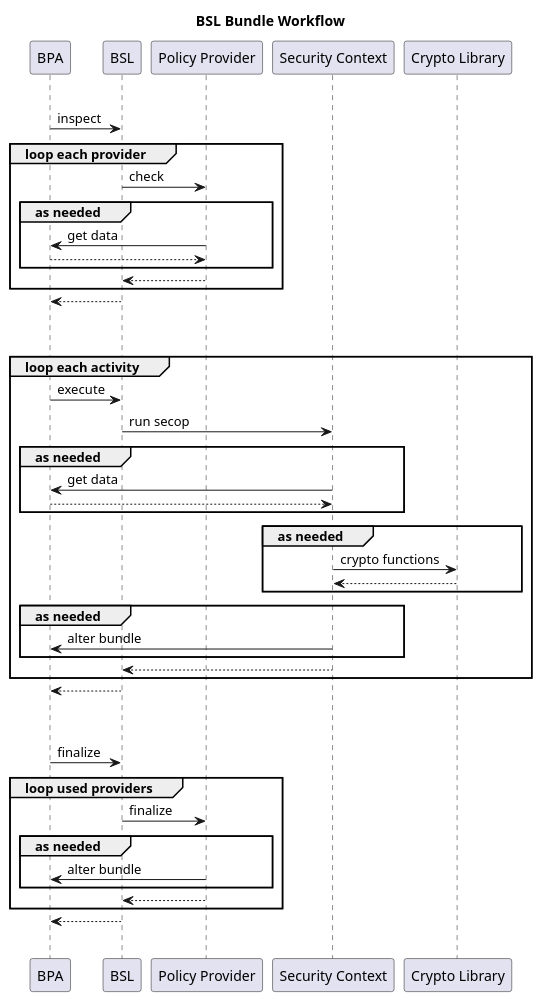
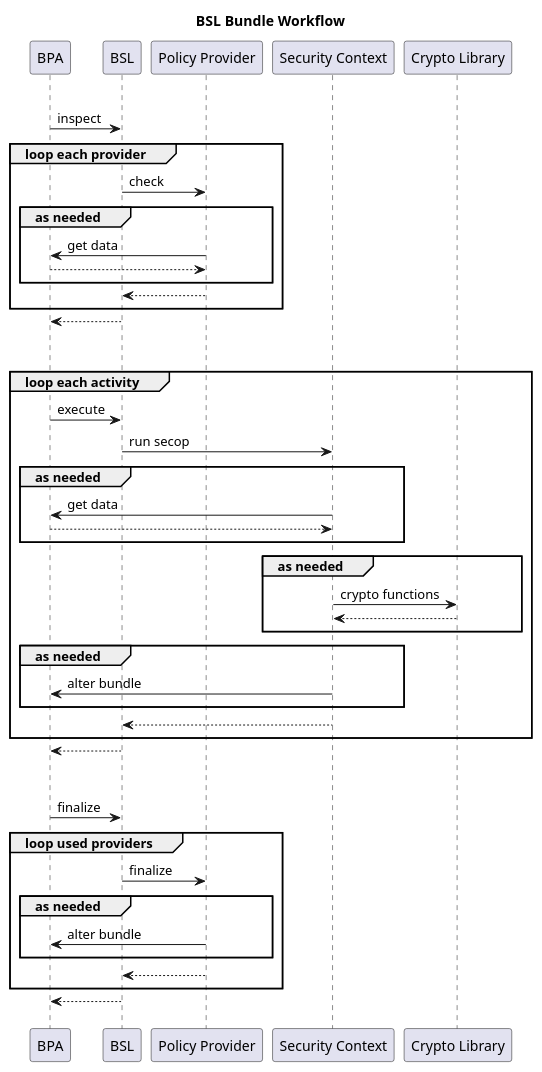
One commit to NASA-AMMOS/BSL-docs changed the diagram in user-guide/static/user-guide-bundle-workflow.puml. Above: the diagram before and after it, drawn with PlantUML.

Commit message:
plantuml spacing

```diff
--- a/user-guide/static/user-guide-bundle-workflow.puml
+++ b/user-guide/static/user-guide-bundle-workflow.puml
@@ -1,57 +1,76 @@
 @startuml
 title BSL Bundle Workflow
 
 participant "BPA" as BPA
 participant "BSL" as BSL
 participant "Policy Provider" as Policy
 participant "Security Context" as Security
 participant "Crypto Library" as Crypto
 
 ||20||
 
 BPA -> BSL : inspect
 group loop each provider
+    ||5||
     BSL -> Policy : check
     group as needed
+        ||5||
         Policy -> BPA : get data
         BPA --> Policy
+        ||5||
     end
     Policy --> BSL
+    ||5||
 end
 BSL --> BPA
 
-||40||
+||35||
 
 group loop each activity
+    ||5||
     BPA -> BSL : execute
     BSL -> Security : run secop
     group as needed
+        ||5||
         Security -> BPA : get data
         BPA --> Security
+        ||5||
+    end
+
+    group as needed
+        ||5||
+        Security -> Crypto : crypto functions
+        Crypto --> Security
+        ||5||
     end
     group as needed
-        Security -> Crypto : crypto functions
-        Crypto --> Security
+        ||5||
+        Security -> BPA : alter bundle
+        ||5||
     end
-    group as needed
-        Security -> BPA : alter bundle
-    end
+    ||5||
     Security --> BSL
+    ||5||
 end
 BSL --> BPA
 
-||40||
+||35||
 
 BPA -> BSL : finalize
 group loop used providers
+    ||5||
     BSL -> Policy : finalize
     group as needed
+        ||5||
         Policy -> BPA : alter bundle
+        ||5||
     end
+    ||5||
     Policy --> BSL
+    ||5||
 end
 BSL --> BPA
 
-||20||
+||10||
 
 @enduml
```
